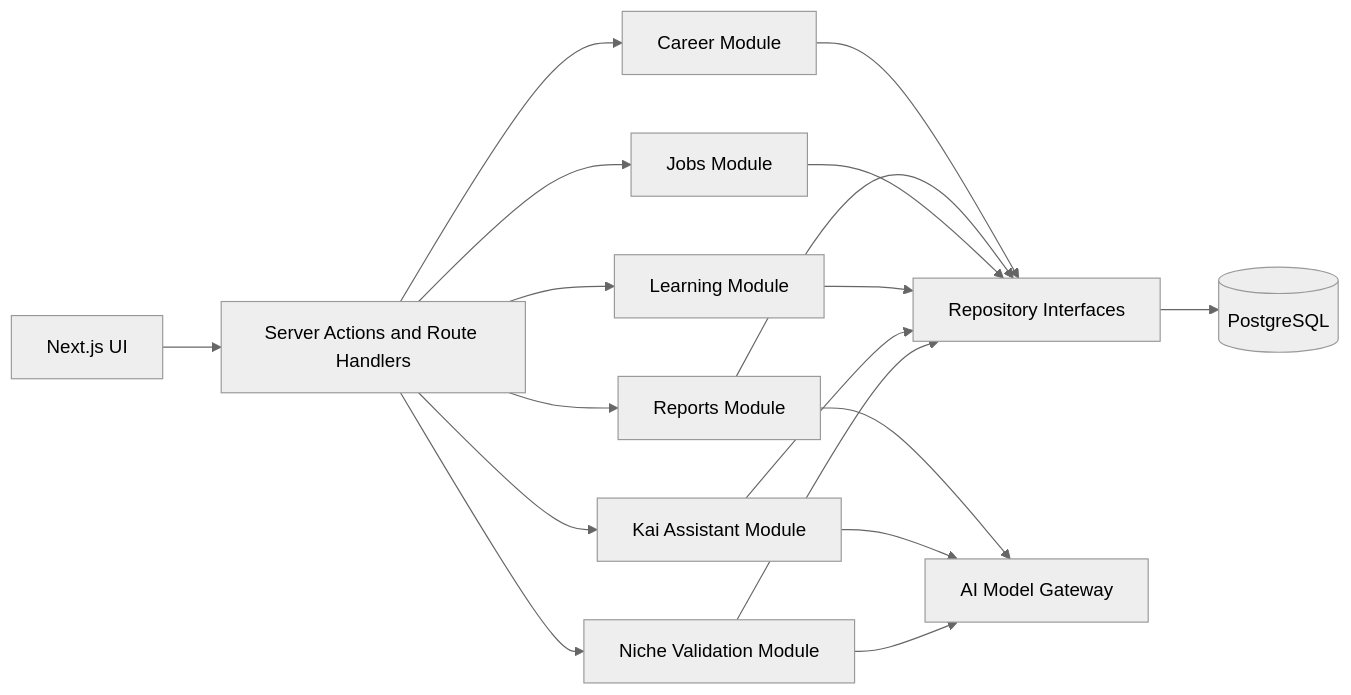
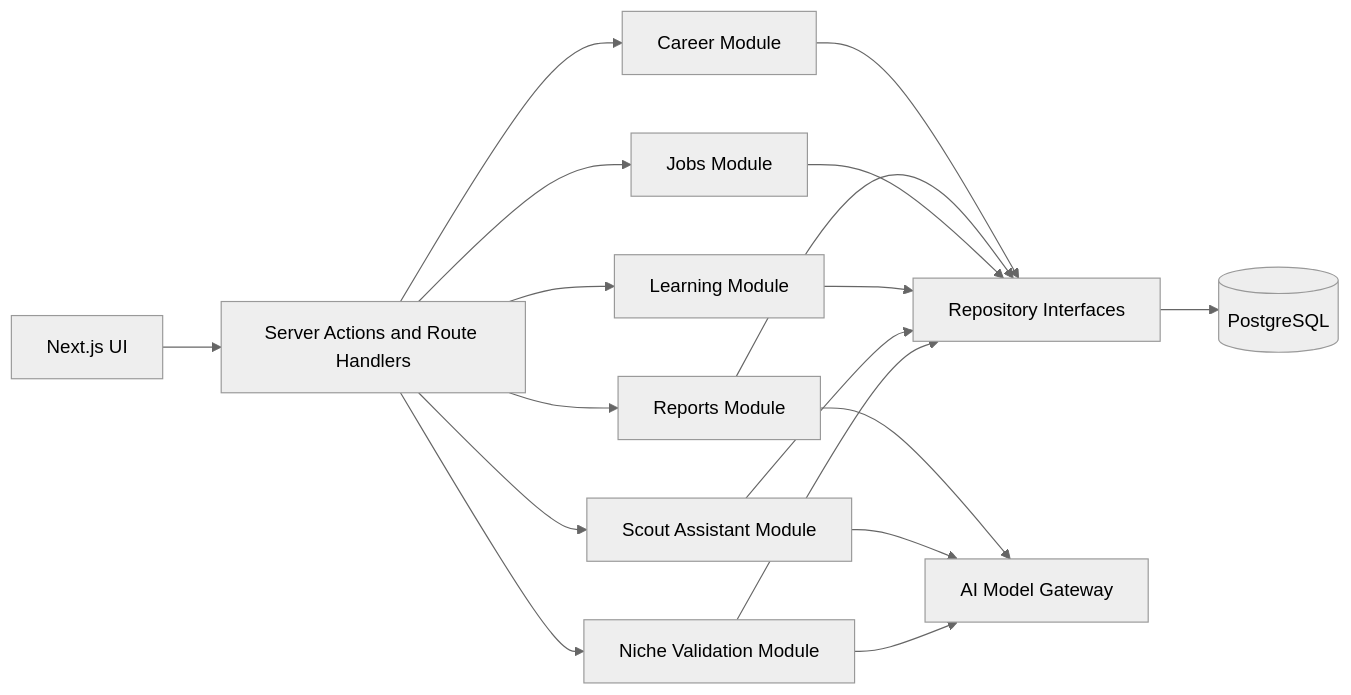
Before and after one commit to Mirzzie/Fadi: the diagram in docs/MICROSERVICE_COMPATIBILITY_PLAN.md, drawn with Mermaid (neutral theme). The commit also changed other lines of this file and 142 other files, not shown here.

First line of the commit message:
feat!: rename Kai → Scout — the agent that finds what's ahead of you

````diff
--- a/docs/MICROSERVICE_COMPATIBILITY_PLAN.md
+++ b/docs/MICROSERVICE_COMPATIBILITY_PLAN.md
@@ -23,22 +23,22 @@
 ```mermaid
 flowchart LR
     UI[Next.js UI] --> AppAPI[Server Actions and Route Handlers]
     AppAPI --> Career[Career Module]
     AppAPI --> Reports[Reports Module]
     AppAPI --> Jobs[Jobs Module]
     AppAPI --> Learning[Learning Module]
-    AppAPI --> Assistant[Kai Assistant Module]
+    AppAPI --> Assistant[Scout Assistant Module]
     AppAPI --> Niche[Niche Validation Module]
 
     Career --> Data[Repository Interfaces]
     Reports --> Data
     Jobs --> Data
     Learning --> Data
     Assistant --> Data
     Niche --> Data
 
     Data --> Postgres[(PostgreSQL)]
     Reports --> Gateway[AI Model Gateway]
     Assistant --> Gateway
     Niche --> Gateway
 ```
````
